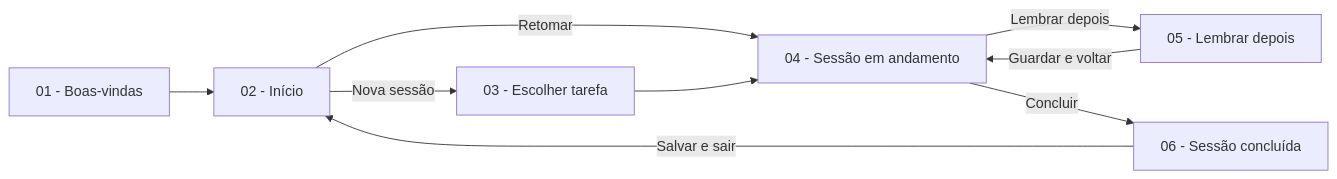
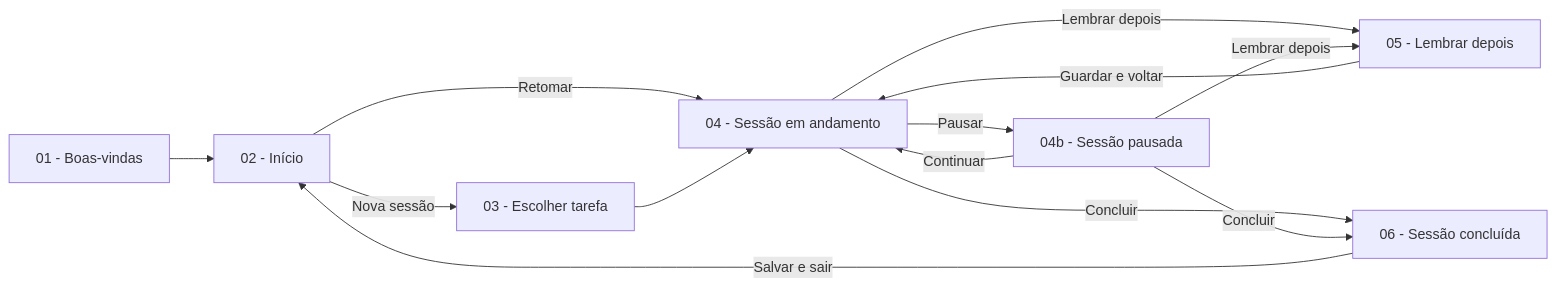
Before and after one commit to tpalomaai/UNIFECAF-ux-ui-lume-focus-app: the diagram in docs/02-fluxo.md, drawn with Mermaid. The commit also changed other lines of this file and 4 other files, not shown here.

````diff
--- a/docs/02-fluxo.md
+++ b/docs/02-fluxo.md
@@ -4,11 +4,15 @@
 ```mermaid
 flowchart LR
   A[01 - Boas-vindas] --> B[02 - Início]
   B -->|Nova sessão| C[03 - Escolher tarefa]
   B -->|Retomar| D
   C --> D[04 - Sessão em andamento]
+  D -->|Pausar| P[04b - Sessão pausada]
+  P -->|Continuar| D
   D -->|Lembrar depois| E[05 - Lembrar depois]
+  P -->|Lembrar depois| E
   E -->|Guardar e voltar| D
   D -->|Concluir| F[06 - Sessão concluída]
+  P -->|Concluir| F
   F -->|Salvar e sair| B
 ```
````
